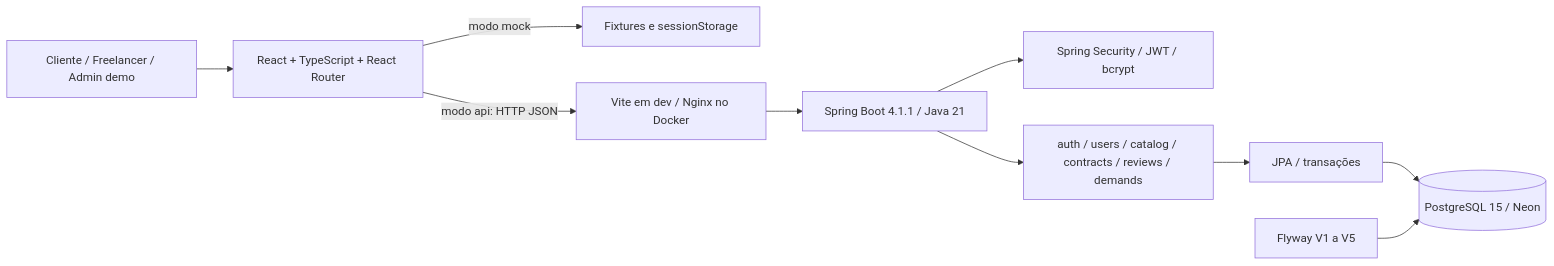
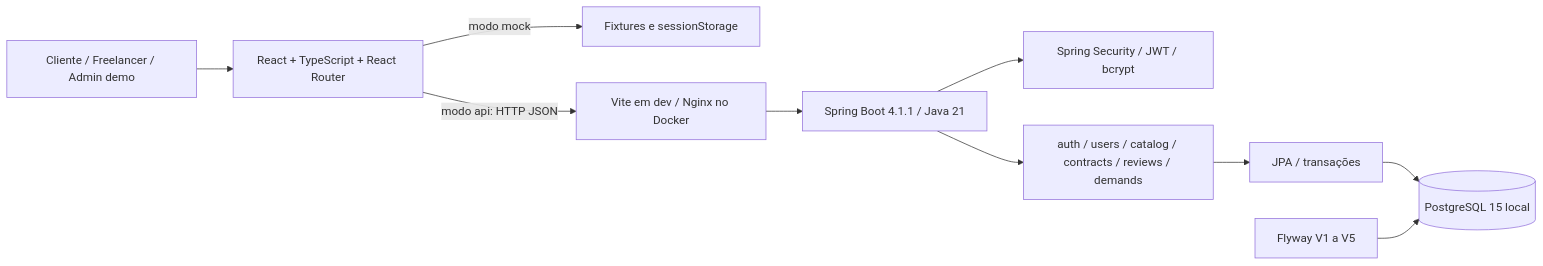
The diagram in docs/arquitetura.md (fabiolrocha/FreeLanceNow), drawn with Mermaid before and after one commit. The commit also changed other lines of this file and 21 other files, not shown here.

````diff
--- a/docs/arquitetura.md
+++ b/docs/arquitetura.md
@@ -5,12 +5,12 @@
 ```mermaid
 flowchart LR
   Pessoa[Cliente / Freelancer / Admin demo] --> Web[React + TypeScript + React Router]
   Web -->|modo mock| Mock[Fixtures e sessionStorage]
   Web -->|modo api: HTTP JSON| Proxy[Vite em dev / Nginx no Docker]
   Proxy --> API[Spring Boot 4.1.1 / Java 21]
   API --> Security[Spring Security / JWT / bcrypt]
   API --> Modulos[auth / users / catalog / contracts / reviews / demands]
   Modulos --> JPA[JPA / transações]
-  JPA --> DB[(PostgreSQL 15 / Neon)]
+  JPA --> DB[(PostgreSQL 15 local)]
   Flyway[Flyway V1 a V5] --> DB
 ```
````
